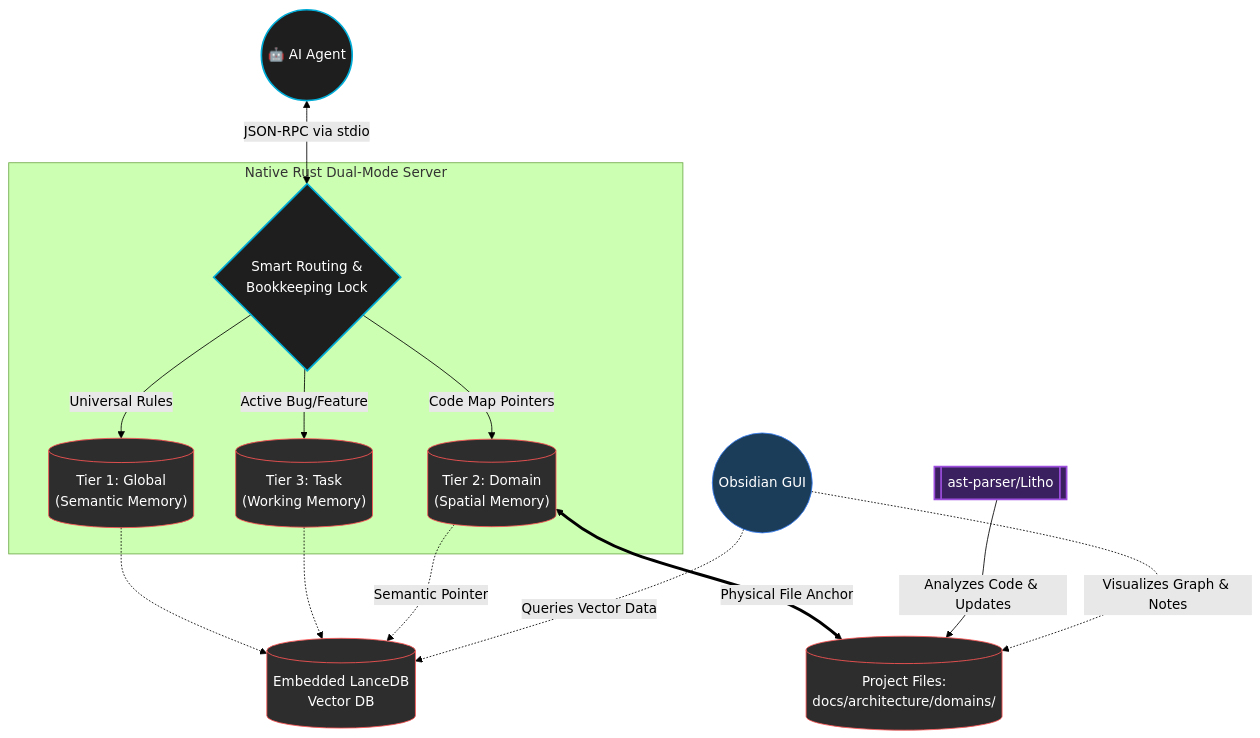
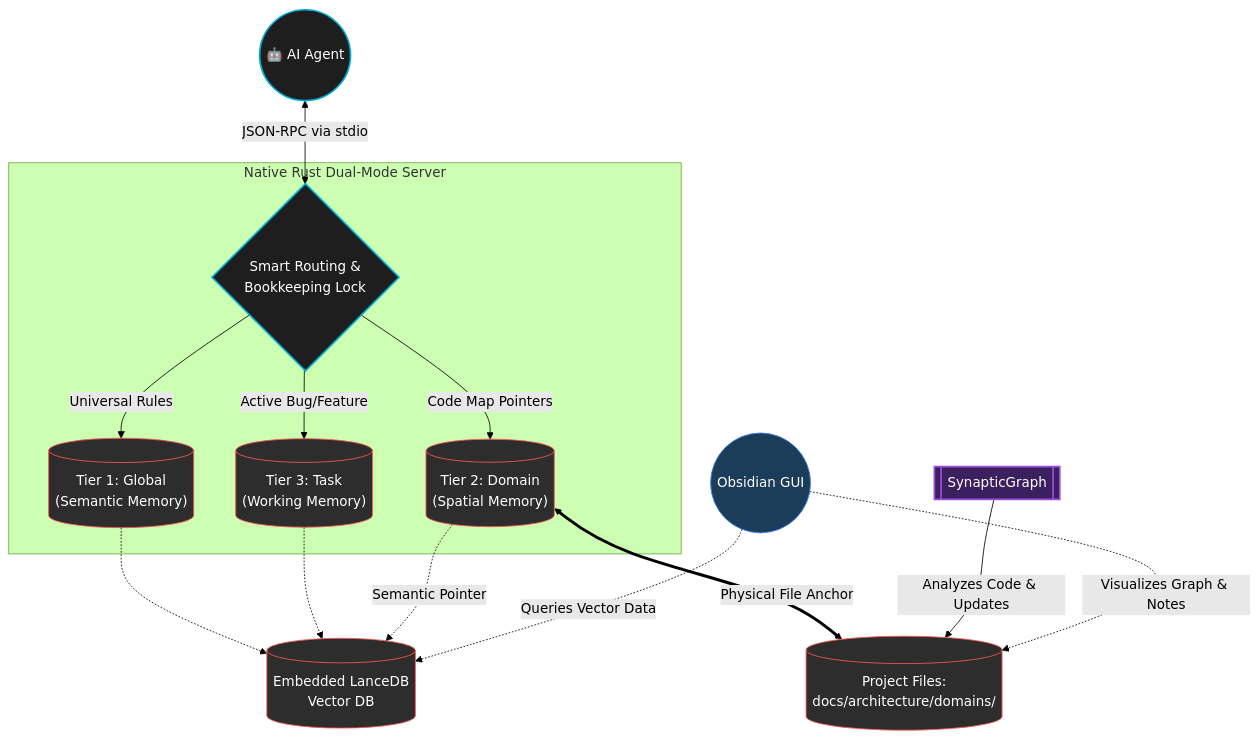
The diagram in README.md (Cognilogical/NeuroStrata), drawn with Mermaid (forest theme) before and after one commit. The commit also changed other lines of this file, not shown here.

Commit message:
docs: Update README with SynapticGraph nomenclature

````diff
--- a/README.md
+++ b/README.md
@@ -73,42 +73,42 @@
 ```mermaid
 graph TD
     Agent((🤖 AI Agent))
     
     subgraph NeuroStrataServer [Native Rust Dual-Mode Server]
         Router{Smart Routing &<br/>Bookkeeping Lock}
         
         Tier1[("Tier 1: Global<br/>(Semantic Memory)")]
         Tier2[("Tier 2: Domain<br/>(Spatial Memory)")]
         Tier3[("Tier 3: Task<br/>(Working Memory)")]
     end
     
     LanceDB[(Embedded LanceDB<br/>Vector DB)]
     PointerWiki[(Project Files:<br/>docs/architecture/domains/)]
     Obsidian((Obsidian GUI))
-    ast-parser[[ast-parser/Litho]]
+    SynapticGraph[[SynapticGraph]]
     
     Agent <-->|JSON-RPC via stdio| Router
     Router -->|Universal Rules| Tier1
     Router -->|Code Map Pointers| Tier2
     Router -->|Active Bug/Feature| Tier3
     
     Tier1 -.-> LanceDB
     Tier3 -.-> LanceDB
     Tier2 -.->|Semantic Pointer| LanceDB
     Tier2 <==>|Physical File Anchor| PointerWiki
     
-    ast-parser -->|Analyzes Code & Updates| PointerWiki
+    SynapticGraph -->|Analyzes Code & Updates| PointerWiki
     
     Obsidian -.->|Visualizes Graph & Notes| PointerWiki
     Obsidian -.->|Queries Vector Data| LanceDB
 
     classDef core fill:#1e1e1e,stroke:#00ADD8,stroke-width:2px,color:#fff;
     classDef memory fill:#2d2d2d,stroke:#ff5555,stroke-width:1px,color:#fff;
     classDef engine fill:#3a205e,stroke:#9d4edd,stroke-width:2px,color:#fff;
     classDef tool fill:#1c3d5a,stroke:#3b82f6,stroke-width:1px,color:#fff;
     
     class Agent,Router core;
     class Tier1,Tier2,Tier3,LanceDB,PointerWiki memory;
-    class ast-parser engine;
+    class SynapticGraph engine;
     class Obsidian tool;
 ```
````
